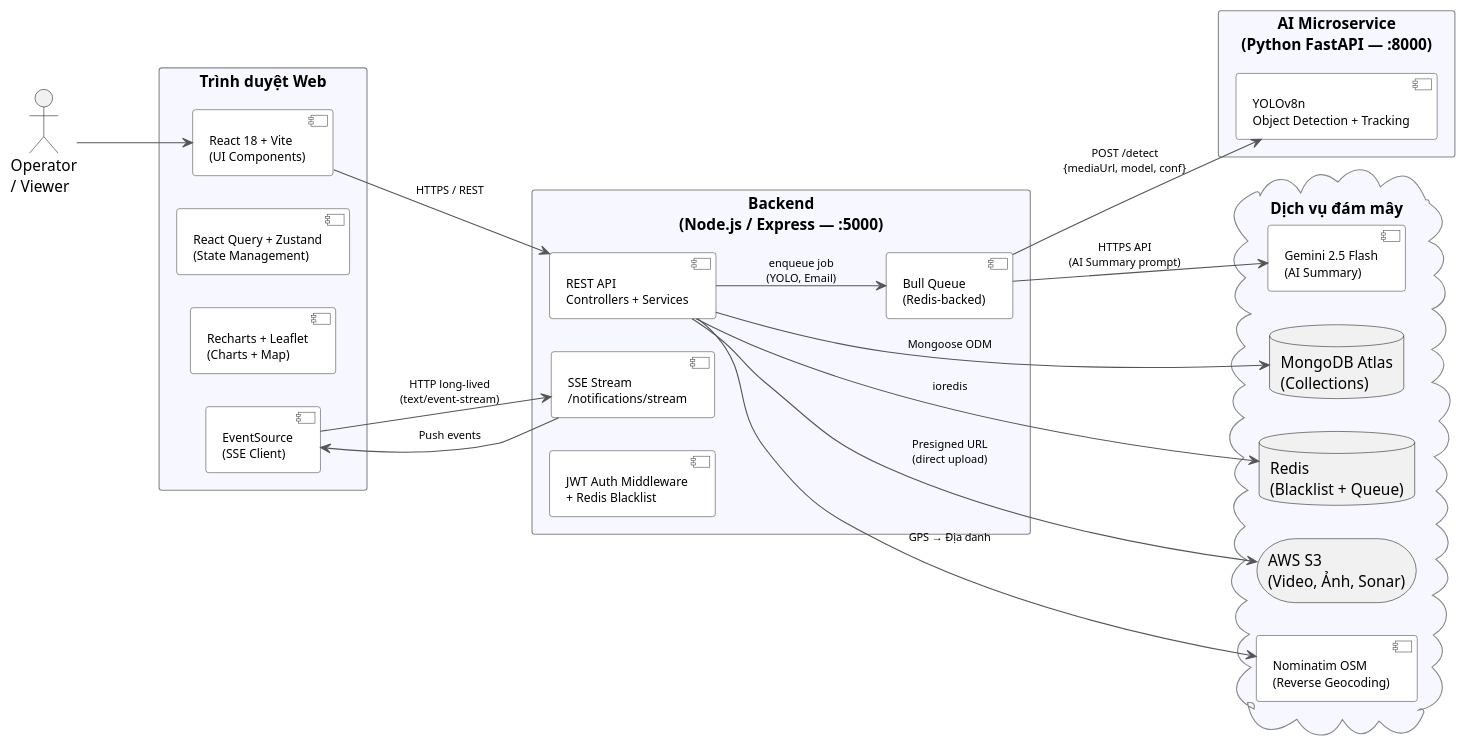
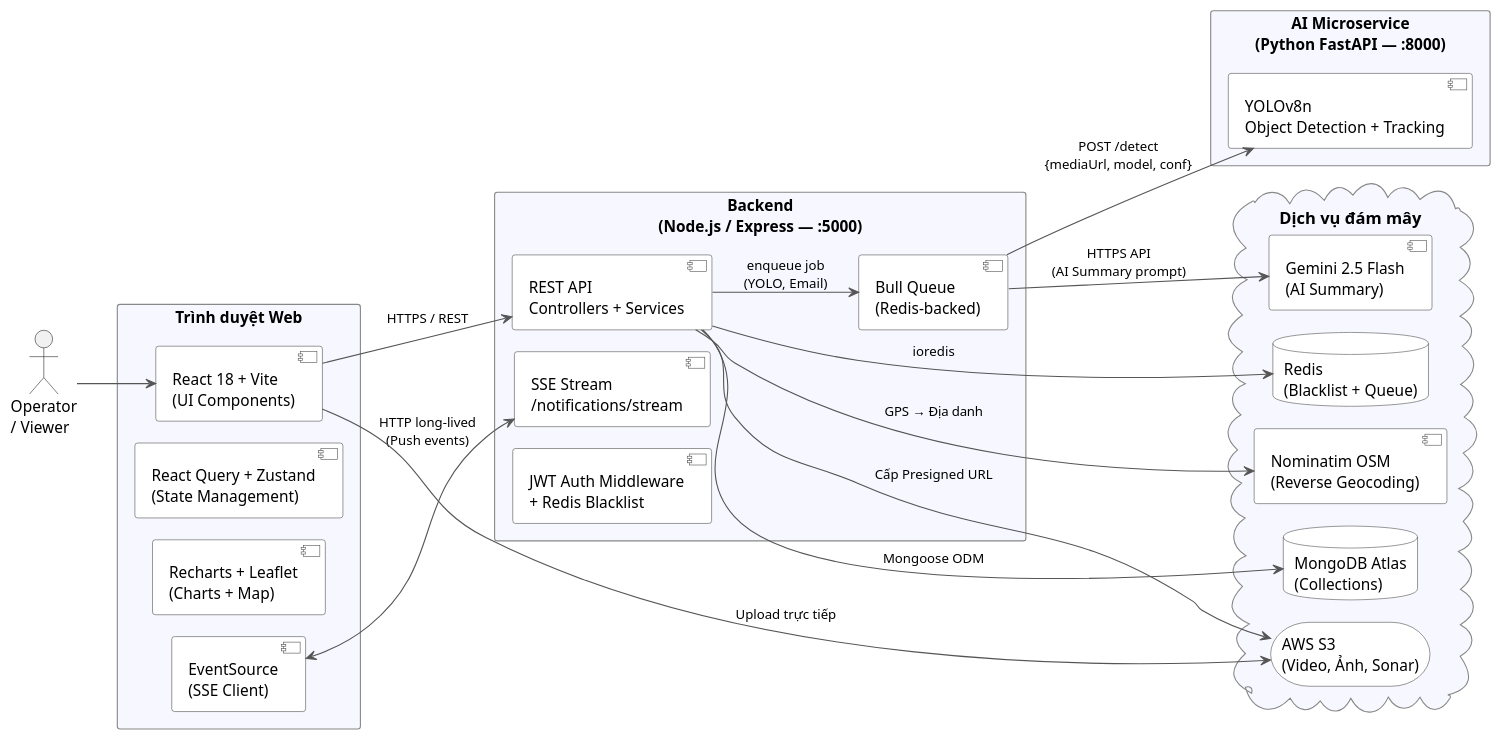
The diagram in my_thesis/Hinhve/arch_tong_quan.puml (thanhleesenpai/rov-management), drawn with PlantUML before and after one commit. The commit also changed 148 other files, not shown here.

```diff
--- a/my_thesis/Hinhve/arch_tong_quan.puml
+++ b/my_thesis/Hinhve/arch_tong_quan.puml
@@ -1,64 +1,89 @@
 @startuml arch_tong_quan
 left to right direction
 skinparam backgroundColor White
 skinparam packageStyle rectangle
+
+' Ép các cột xích lại gần nhau hơn (giảm từ 90 xuống 40)
+skinparam ranksep 40
+skinparam nodesep 20
+
+' Tăng mạnh kích thước chữ tổng thể
 skinparam component {
   BackgroundColor White
   BorderColor #444
-  FontSize 11
+  FontSize 14
 }
 skinparam package {
   BackgroundColor #F7F7FF
   BorderColor #888
   FontStyle bold
+  FontSize 15
+}
+skinparam cloud {
+  BackgroundColor #F7F7FF
+  BorderColor #888
+  FontStyle bold
+  FontSize 15
+}
+skinparam database {
+  BackgroundColor White
+  BorderColor #444
+  FontSize 14
+}
+skinparam storage {
+  BackgroundColor White
+  BorderColor #444
+  FontSize 14
 }
 skinparam arrow {
   Color #555
-  FontSize 10
+  FontSize 12
+  FontWeight bold
 }
-skinparam ranksep 90
-skinparam nodesep 30
 
 actor "Operator\n/ Viewer" as USER
 
 package "Trình duyệt Web" {
   component "React 18 + Vite\n(UI Components)" as FE_UI
   component "React Query + Zustand\n(State Management)" as FE_STATE
   component "Recharts + Leaflet\n(Charts + Map)" as FE_CHART
   component "EventSource\n(SSE Client)" as FE_SSE
 }
 
 package "Backend\n(Node.js / Express — :5000)" {
   component "REST API\nControllers + Services" as API
   component "SSE Stream\n/notifications/stream" as SSE
   component "Bull Queue\n(Redis-backed)" as QUEUE
   component "JWT Auth Middleware\n+ Redis Blacklist" as AUTH
 }
 
 package "AI Microservice\n(Python FastAPI — :8000)" {
   component "YOLOv8n\nObject Detection + Tracking" as YOLO
 }
 
 cloud "Dịch vụ đám mây" {
   database "MongoDB Atlas\n(Collections)" as MONGO
   database "Redis\n(Blacklist + Queue)" as REDIS
   storage "AWS S3\n(Video, Ảnh, Sonar)" as S3
   component "Gemini 2.5 Flash\n(AI Summary)" as GEMINI
   component "Nominatim OSM\n(Reverse Geocoding)" as NOM
 }
 
 USER --> FE_UI
 
 FE_UI --> API : HTTPS / REST
-FE_SSE --> SSE : HTTP long-lived\n(text/event-stream)
-SSE --> FE_SSE : Push events
+FE_SSE <--> SSE : HTTP long-lived\n(Push events)
 
 API --> QUEUE : enqueue job\n(YOLO, Email)
 API --> MONGO : Mongoose ODM
 API --> REDIS : ioredis
-API --> S3 : Presigned URL\n(direct upload)
 API --> NOM : GPS → Địa danh
+
+' Tách rõ luồng S3: FE upload trực tiếp, API cấp quyền
+FE_UI --> S3 : Upload trực tiếp
+API --> S3 : Cấp Presigned URL
+
 QUEUE --> YOLO : POST /detect\n{mediaUrl, model, conf}
 QUEUE --> GEMINI : HTTPS API\n(AI Summary prompt)
 
 @enduml
```
